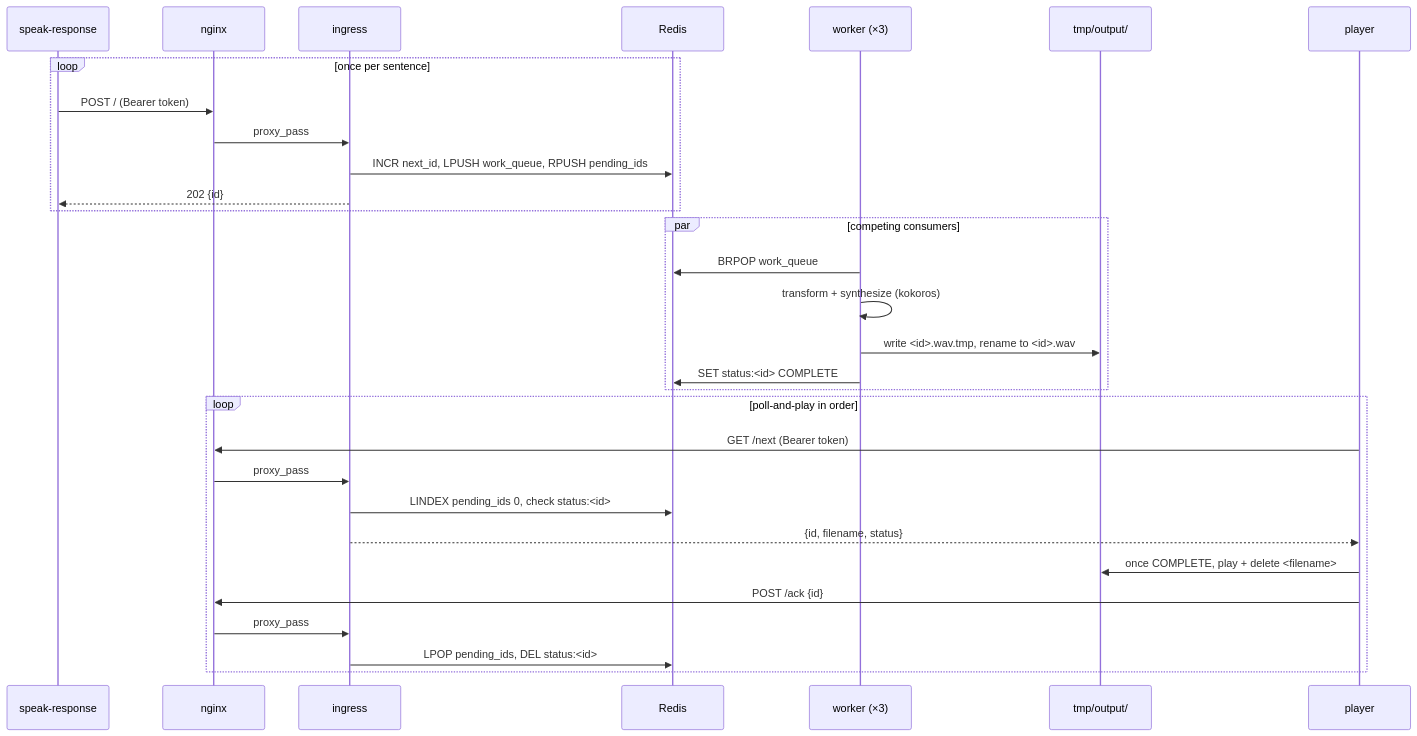
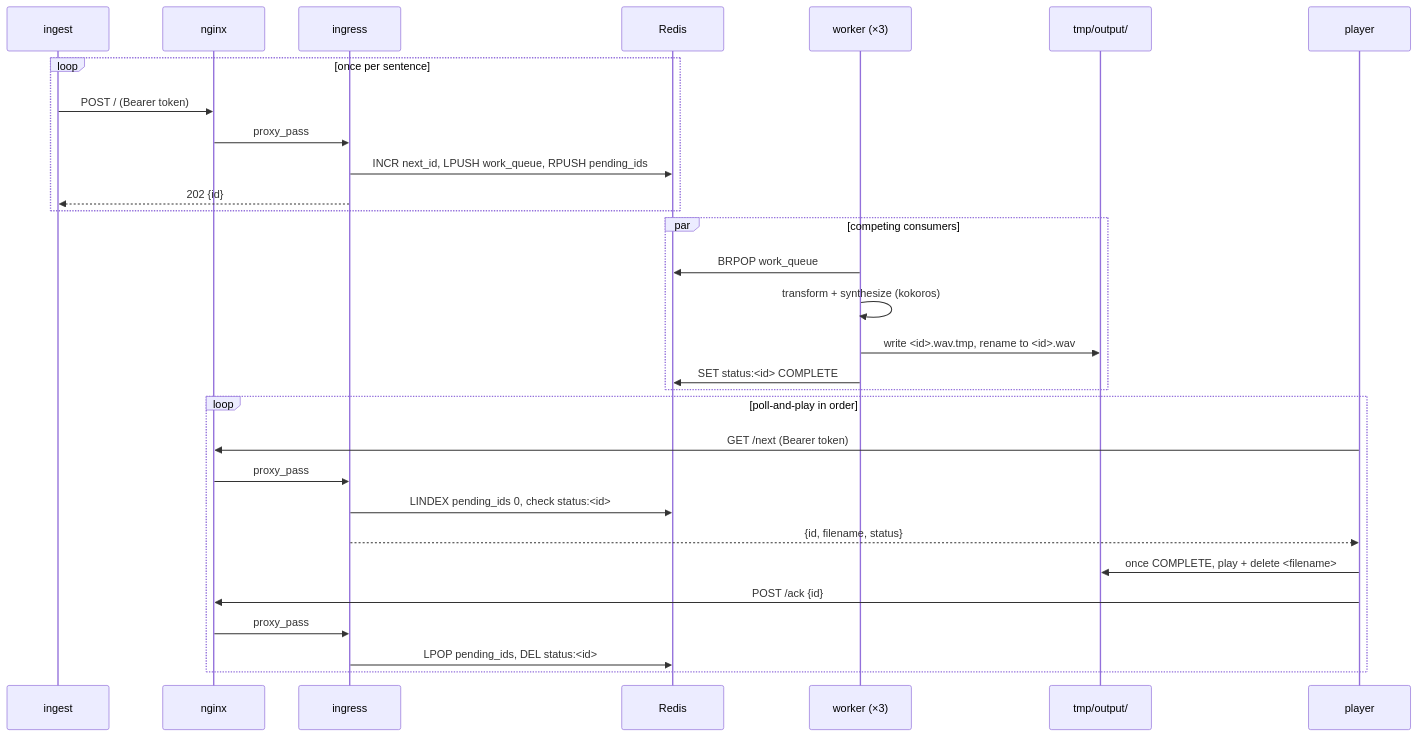
Before and after one commit to xliang01dev/llm-response-tts: the diagram in README.md, drawn with Mermaid. The commit also changed other lines of this file and 16 other files, not shown here.

````diff
--- a/README.md
+++ b/README.md
@@ -65,35 +80,35 @@
 ```mermaid
 sequenceDiagram
-    participant H as speak-response
+    participant H as ingest
     participant N as nginx
     participant I as ingress
     participant R as Redis
     participant W as worker (×3)
     participant O as tmp/output/
     participant P as player
 
     loop once per sentence
         H->>N: POST / (Bearer token)
         N->>I: proxy_pass
         I->>R: INCR next_id, LPUSH work_queue, RPUSH pending_ids
         I-->>H: 202 {id}
     end
 
     par competing consumers
         W->>R: BRPOP work_queue
         W->>W: transform + synthesize (kokoros)
         W->>O: write <id>.wav.tmp, rename to <id>.wav
         W->>R: SET status:<id> COMPLETE
     end
 
     loop poll-and-play in order
         P->>N: GET /next (Bearer token)
         N->>I: proxy_pass
         I->>R: LINDEX pending_ids 0, check status:<id>
         I-->>P: {id, filename, status}
         P->>O: once COMPLETE, play + delete <filename>
         P->>N: POST /ack {id}
         N->>I: proxy_pass
         I->>R: LPOP pending_ids, DEL status:<id>
     end
 ```
````
